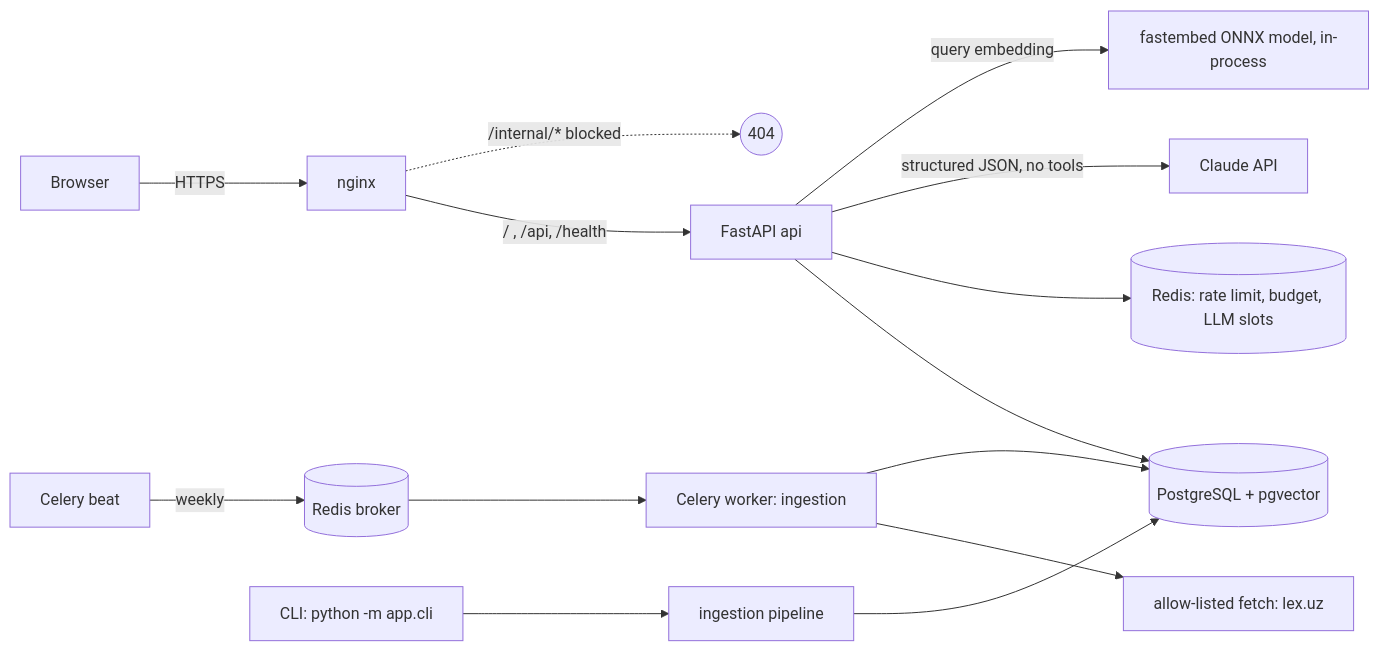
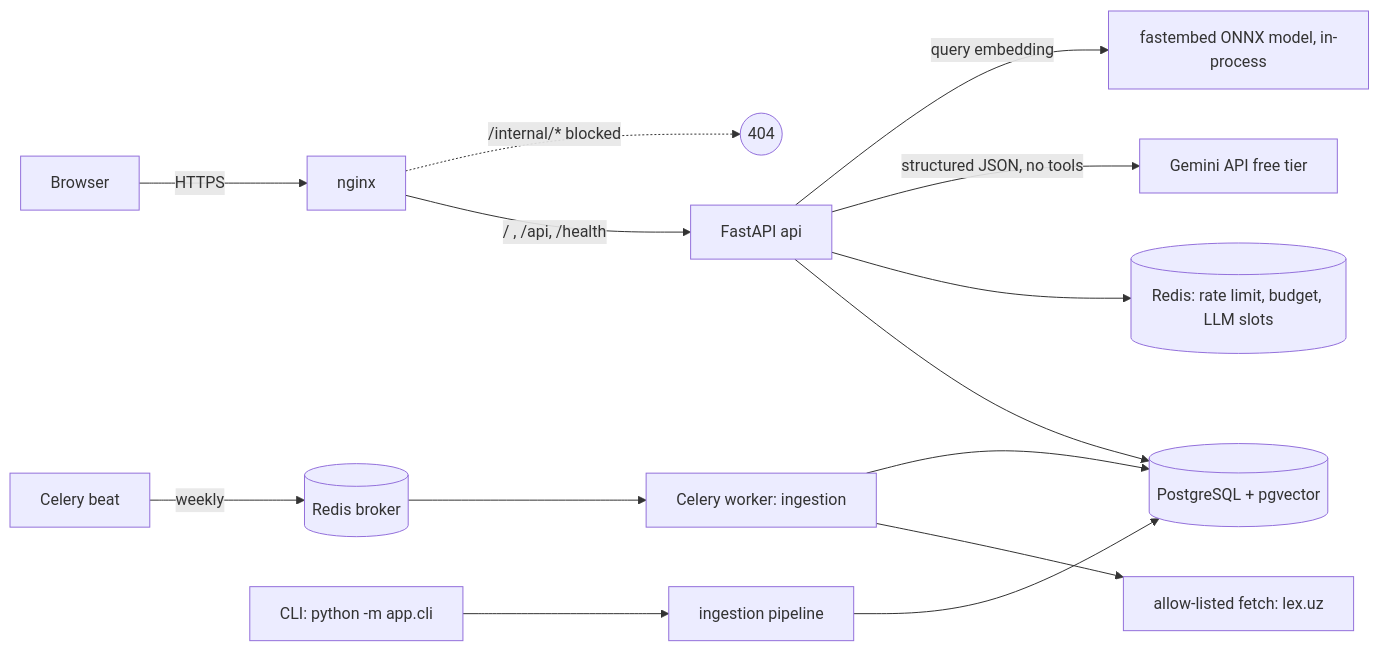
The first of 2 diagrams in docs/architecture.md (xojiakbarasomoff/lexuz-rag), drawn with Mermaid before and after one commit. The commit also changed other lines of this file and 8 other files, not shown here.

First line of the commit message:
Document Gemini free-tier setup, data-use limits and UI privacy notice

````diff
--- a/docs/architecture.md
+++ b/docs/architecture.md
@@ -5,16 +5,16 @@
 ```mermaid
 flowchart LR
   U[Browser] -->|HTTPS| N[nginx]
   N -->|/ , /api, /health| A[FastAPI api]
   N -.->|/internal/* blocked| X((404))
   A --> P[(PostgreSQL + pgvector)]
   A --> R[(Redis: rate limit, budget, LLM slots)]
-  A -->|structured JSON, no tools| L[Claude API]
+  A -->|structured JSON, no tools| L[Gemini API free tier]
   A -->|query embedding| E[fastembed ONNX model, in-process]
   B[Celery beat] -->|weekly| Q[(Redis broker)]
   Q --> W[Celery worker: ingestion]
   C[CLI: python -m app.cli] --> W2[ingestion pipeline]
   W --> I[allow-listed fetch: lex.uz]
   W --> P
   W2 --> P
 ```
````
